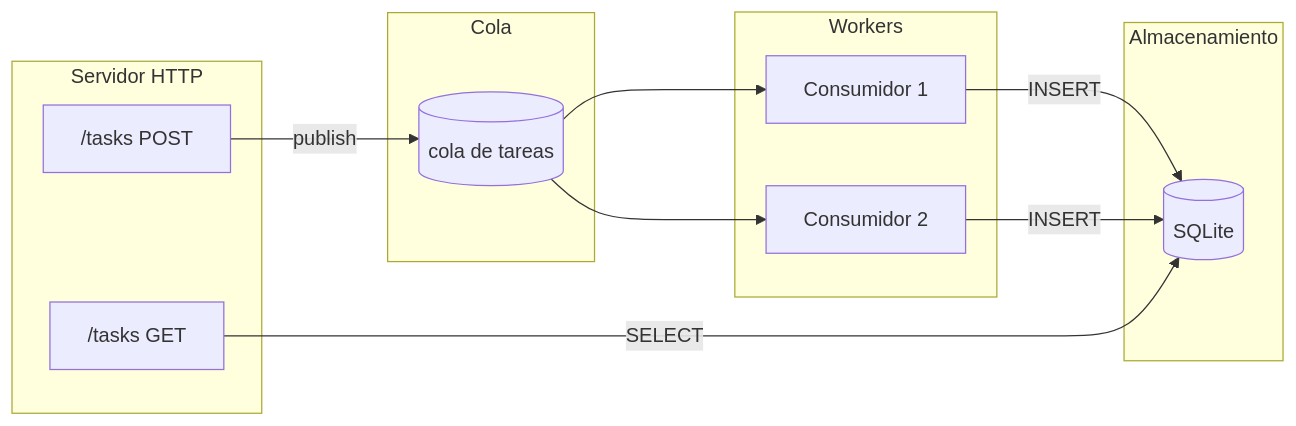
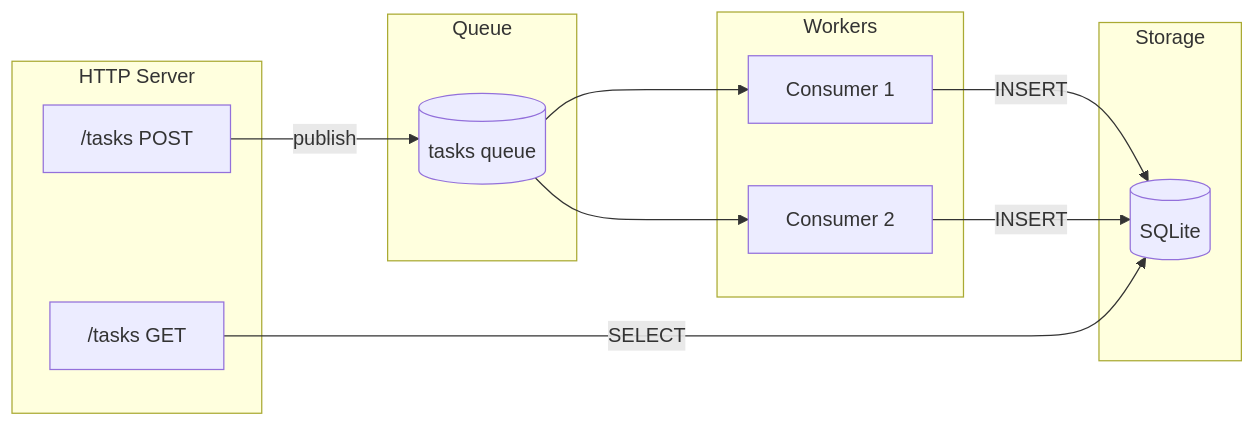
The diagram in es/tutorials/task-queue.md (wippyai/docs), drawn with Mermaid before and after one commit. The commit also changed other lines of this file and 870 other files, not shown here.

````diff
--- a/es/tutorials/task-queue.md
+++ b/es/tutorials/task-queue.md
@@ -20,27 +22,27 @@
 ```mermaid
 flowchart LR
-    subgraph api["Servidor HTTP"]
+    subgraph api["HTTP Server"]
         POST["/tasks POST"]
         GET["/tasks GET"]
     end
 
-    subgraph queue["Cola"]
-        Q[("cola de tareas")]
+    subgraph queue["Queue"]
+        Q[("tasks queue")]
     end
 
     subgraph workers["Workers"]
-        W1["Consumidor 1"]
-        W2["Consumidor 2"]
+        W1["Consumer 1"]
+        W2["Consumer 2"]
     end
 
-    subgraph storage["Almacenamiento"]
+    subgraph storage["Storage"]
         DB[(SQLite)]
     end
 
     POST -->|publish| Q
     Q --> W1
     Q --> W2
     W1 -->|INSERT| DB
     W2 -->|INSERT| DB
     GET -->|SELECT| DB
 ```
````
